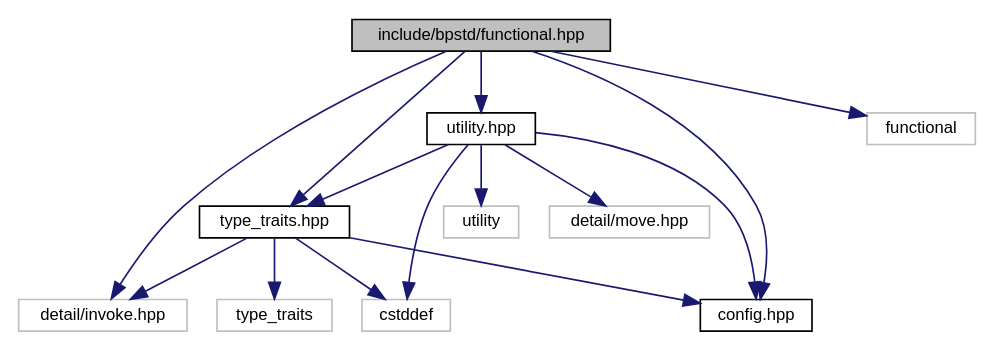
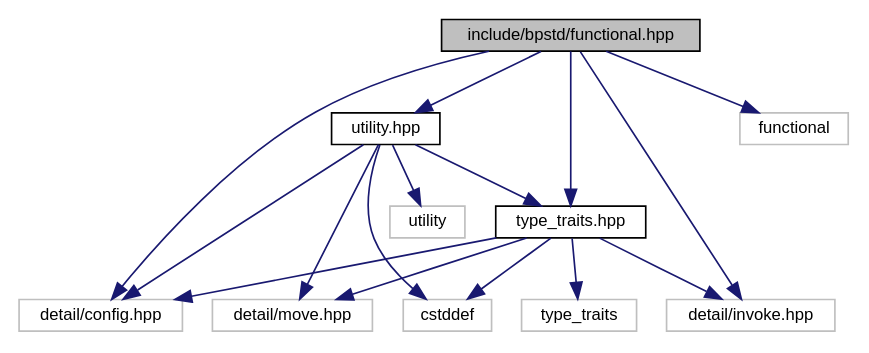
Before and after one commit to bitwizeshift/BackportCpp: the diagram in api/latest/d6/dea/functional_8hpp__incl.dot, drawn with Graphviz. The commit also changed 67 other files, not shown here.

```diff
--- a/api/latest/d6/dea/functional_8hpp__incl.dot
+++ b/api/latest/d6/dea/functional_8hpp__incl.dot
@@ -1,29 +1,30 @@
 digraph "include/bpstd/functional.hpp"
 {
   edge [fontname="Helvetica",fontsize="10",labelfontname="Helvetica",labelfontsize="10"];
   node [fontname="Helvetica",fontsize="10",shape=record];
   Node0 [label="include/bpstd/functional.hpp",height=0.2,width=0.4,color="black", fillcolor="grey75", style="filled", fontcolor="black"];
   Node0 -> Node1 [color="midnightblue",fontsize="10",style="solid",fontname="Helvetica"];
-  Node1 [label="config.hpp",height=0.2,width=0.4,color="black", fillcolor="white", style="filled",URL="$d8/dfd/config_8hpp.html",tooltip="This header provides configuration data for the bpstd library. "];
+  Node1 [label="detail/config.hpp",height=0.2,width=0.4,color="grey75", fillcolor="white", style="filled"];
   Node0 -> Node2 [color="midnightblue",fontsize="10",style="solid",fontname="Helvetica"];
   Node2 [label="type_traits.hpp",height=0.2,width=0.4,color="black", fillcolor="white", style="filled",URL="$dc/d54/type__traits_8hpp.html",tooltip="This header provides definitions from the C++ header <type_traits> "];
   Node2 -> Node1 [color="midnightblue",fontsize="10",style="solid",fontname="Helvetica"];
   Node2 -> Node3 [color="midnightblue",fontsize="10",style="solid",fontname="Helvetica"];
-  Node3 [label="detail/invoke.hpp",height=0.2,width=0.4,color="grey75", fillcolor="white", style="filled"];
+  Node3 [label="detail/move.hpp",height=0.2,width=0.4,color="grey75", fillcolor="white", style="filled"];
   Node2 -> Node4 [color="midnightblue",fontsize="10",style="solid",fontname="Helvetica"];
-  Node4 [label="type_traits",height=0.2,width=0.4,color="grey75", fillcolor="white", style="filled"];
+  Node4 [label="detail/invoke.hpp",height=0.2,width=0.4,color="grey75", fillcolor="white", style="filled"];
   Node2 -> Node5 [color="midnightblue",fontsize="10",style="solid",fontname="Helvetica"];
-  Node5 [label="cstddef",height=0.2,width=0.4,color="grey75", fillcolor="white", style="filled"];
-  Node0 -> Node6 [color="midnightblue",fontsize="10",style="solid",fontname="Helvetica"];
-  Node6 [label="utility.hpp",height=0.2,width=0.4,color="black", fillcolor="white", style="filled",URL="$d1/d4e/utility_8hpp.html",tooltip="This header provides definitions from the C++ header <utility> "];
-  Node6 -> Node1 [color="midnightblue",fontsize="10",style="solid",fontname="Helvetica"];
-  Node6 -> Node7 [color="midnightblue",fontsize="10",style="solid",fontname="Helvetica"];
-  Node7 [label="detail/move.hpp",height=0.2,width=0.4,color="grey75", fillcolor="white", style="filled"];
-  Node6 -> Node2 [color="midnightblue",fontsize="10",style="solid",fontname="Helvetica"];
-  Node6 -> Node8 [color="midnightblue",fontsize="10",style="solid",fontname="Helvetica"];
+  Node5 [label="type_traits",height=0.2,width=0.4,color="grey75", fillcolor="white", style="filled"];
+  Node2 -> Node6 [color="midnightblue",fontsize="10",style="solid",fontname="Helvetica"];
+  Node6 [label="cstddef",height=0.2,width=0.4,color="grey75", fillcolor="white", style="filled"];
+  Node0 -> Node7 [color="midnightblue",fontsize="10",style="solid",fontname="Helvetica"];
+  Node7 [label="utility.hpp",height=0.2,width=0.4,color="black", fillcolor="white", style="filled",URL="$d1/d4e/utility_8hpp.html",tooltip="This header provides definitions from the C++ header <utility> "];
+  Node7 -> Node1 [color="midnightblue",fontsize="10",style="solid",fontname="Helvetica"];
+  Node7 -> Node3 [color="midnightblue",fontsize="10",style="solid",fontname="Helvetica"];
+  Node7 -> Node2 [color="midnightblue",fontsize="10",style="solid",fontname="Helvetica"];
+  Node7 -> Node8 [color="midnightblue",fontsize="10",style="solid",fontname="Helvetica"];
   Node8 [label="utility",height=0.2,width=0.4,color="grey75", fillcolor="white", style="filled"];
-  Node6 -> Node5 [color="midnightblue",fontsize="10",style="solid",fontname="Helvetica"];
-  Node0 -> Node3 [color="midnightblue",fontsize="10",style="solid",fontname="Helvetica"];
+  Node7 -> Node6 [color="midnightblue",fontsize="10",style="solid",fontname="Helvetica"];
+  Node0 -> Node4 [color="midnightblue",fontsize="10",style="solid",fontname="Helvetica"];
   Node0 -> Node9 [color="midnightblue",fontsize="10",style="solid",fontname="Helvetica"];
   Node9 [label="functional",height=0.2,width=0.4,color="grey75", fillcolor="white", style="filled"];
 }
```
